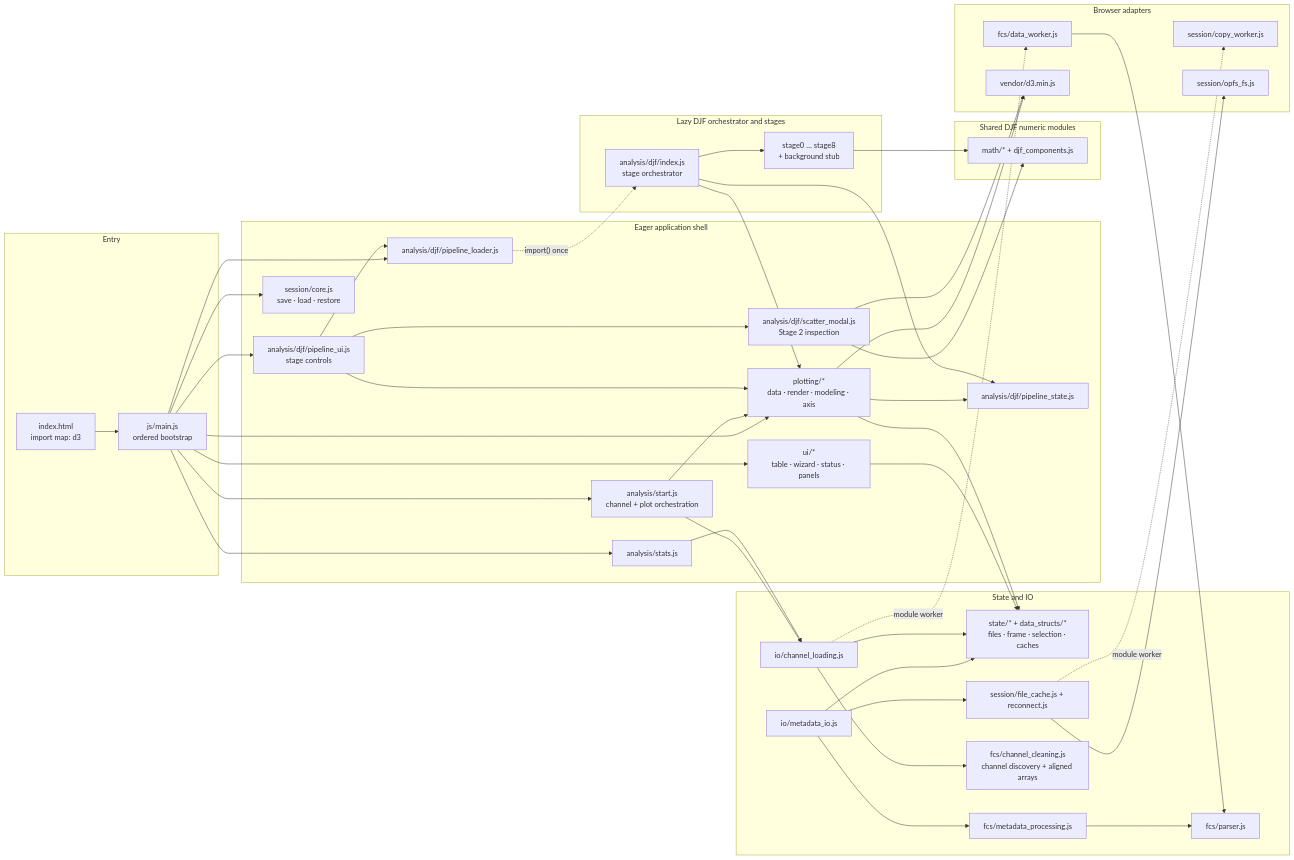
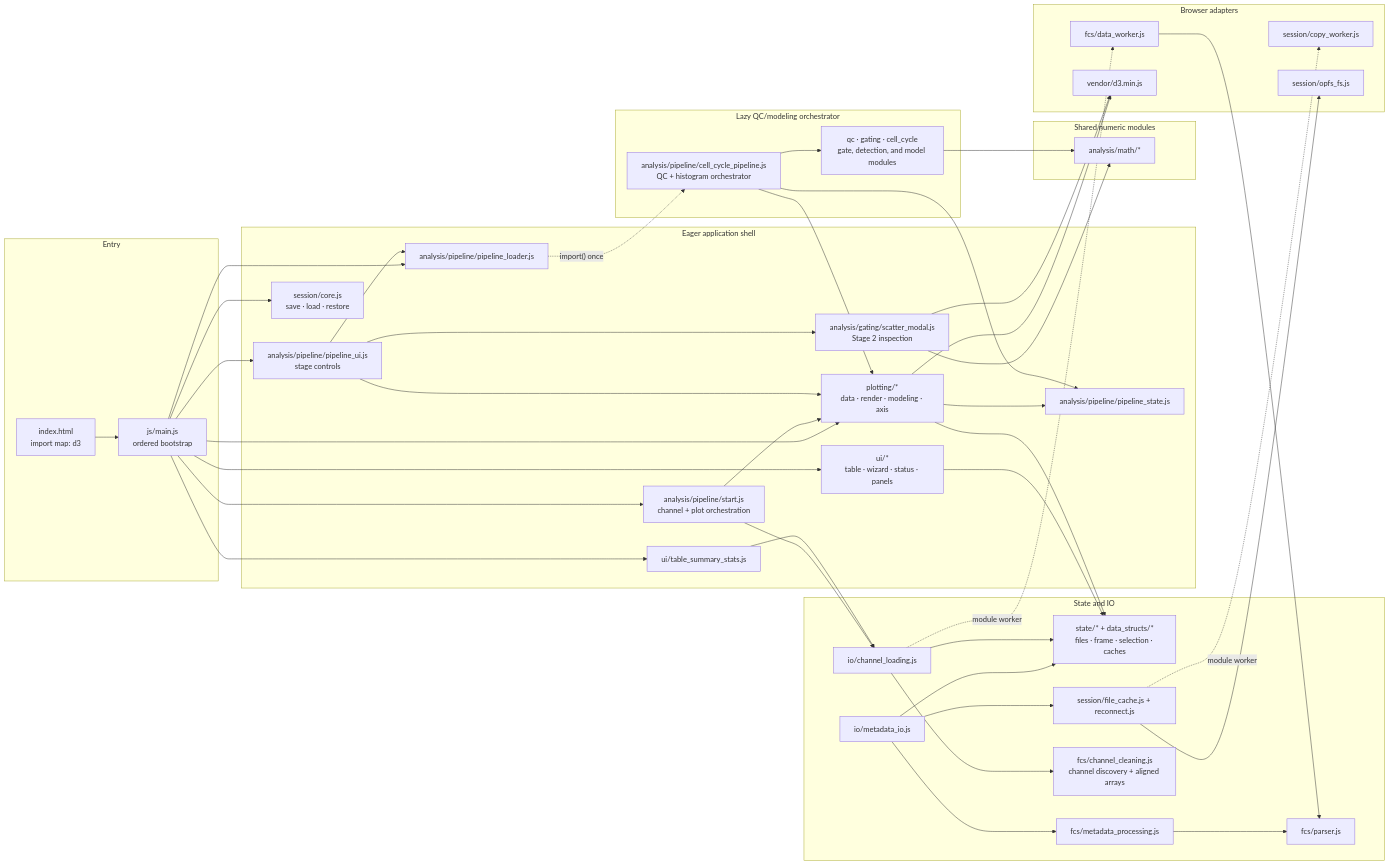
The first of 13 diagrams in docs/code-flow-diagrams.md (Latent-Lens/phase_finder), drawn with Mermaid before and after one commit. The commit also changed other lines of this file and 15 other files, not shown here.

First line of the commit message:
docs(architecture): rewrite the diagrams for the current pipeline

````diff
--- a/docs/code-flow-diagrams.md
+++ b/docs/code-flow-diagrams.md
@@ -30,79 +32,79 @@
 ```mermaid
 flowchart LR
   subgraph entry["Entry"]
     HTML["index.html<br/>import map: d3"] --> MAIN["js/main.js<br/>ordered bootstrap"]
   end
 
   subgraph shell["Eager application shell"]
     UI["ui/*<br/>table · wizard · status · panels"]
-    START["analysis/start.js<br/>channel + plot orchestration"]
-    STATS["analysis/stats.js"]
+    START["analysis/pipeline/start.js<br/>channel + plot orchestration"]
+    STATS["ui/table_summary_stats.js"]
     PLOT["plotting/*<br/>data · render · modeling · axis"]
-    PUI["analysis/djf/pipeline_ui.js<br/>stage controls"]
-    PLOAD["analysis/djf/pipeline_loader.js"]
-    PST["analysis/djf/pipeline_state.js"]
-    SCATTER["analysis/djf/scatter_modal.js<br/>Stage 2 inspection"]
+    PUI["analysis/pipeline/pipeline_ui.js<br/>stage controls"]
+    PLOAD["analysis/pipeline/pipeline_loader.js"]
+    PST["analysis/pipeline/pipeline_state.js"]
+    SCATTER["analysis/gating/scatter_modal.js<br/>Stage 2 inspection"]
     SESSION["session/core.js<br/>save · load · restore"]
   end
 
   subgraph stateio["State and IO"]
     APPSTATE["state/* + data_structs/*<br/>files · frame · selection · caches"]
     METAIO["io/metadata_io.js"]
     CHANNELIO["io/channel_loading.js"]
     FCSMETA["fcs/metadata_processing.js"]
     CLEAN["fcs/channel_cleaning.js<br/>channel discovery + aligned arrays"]
     PARSER["fcs/parser.js"]
     FILECACHE["session/file_cache.js + reconnect.js"]
   end
 
-  subgraph lazy["Lazy DJF orchestrator and stages"]
-    PIPE["analysis/djf/index.js<br/>stage orchestrator"]
-    STAGES["stage0 … stage8<br/>+ background stub"]
+  subgraph lazy["Lazy QC/modeling orchestrator"]
+    PIPE["analysis/pipeline/cell_cycle_pipeline.js<br/>QC + histogram orchestrator"]
+    STAGES["qc · gating · cell_cycle<br/>gate, detection, and model modules"]
   end
 
-  subgraph sharedmath["Shared DJF numeric modules"]
-    MATH["math/* + djf_components.js"]
+  subgraph sharedmath["Shared numeric modules"]
+    MATH["analysis/math/*"]
   end
 
   subgraph adapters["Browser adapters"]
     FWORKER["fcs/data_worker.js"]
     CWORKER["session/copy_worker.js"]
     OPFS["session/opfs_fs.js"]
     D3["vendor/d3.min.js"]
   end
 
   MAIN --> UI
   MAIN --> START
   MAIN --> STATS
   MAIN --> PLOT
   MAIN --> PUI
   MAIN --> PLOAD
   MAIN --> SESSION
   UI --> APPSTATE
   START --> CHANNELIO
   START --> PLOT
   STATS --> CHANNELIO
   PLOT --> APPSTATE
   PLOT --> PST
   PLOT --> D3
   PUI --> PLOAD
   PUI --> PLOT
   PUI --> SCATTER
   SCATTER --> D3
   SCATTER --> MATH
   PLOAD -. "import() once" .-> PIPE
   PIPE --> STAGES
   PIPE --> PST
   PIPE --> PLOT
   STAGES --> MATH
   METAIO --> FCSMETA
   METAIO --> APPSTATE
   METAIO --> FILECACHE
   FCSMETA --> PARSER
   CHANNELIO --> CLEAN
   CHANNELIO --> APPSTATE
   CHANNELIO -. "module worker" .-> FWORKER
   FWORKER --> PARSER
   FILECACHE --> OPFS
   FILECACHE -. "module worker" .-> CWORKER
 ```
````
